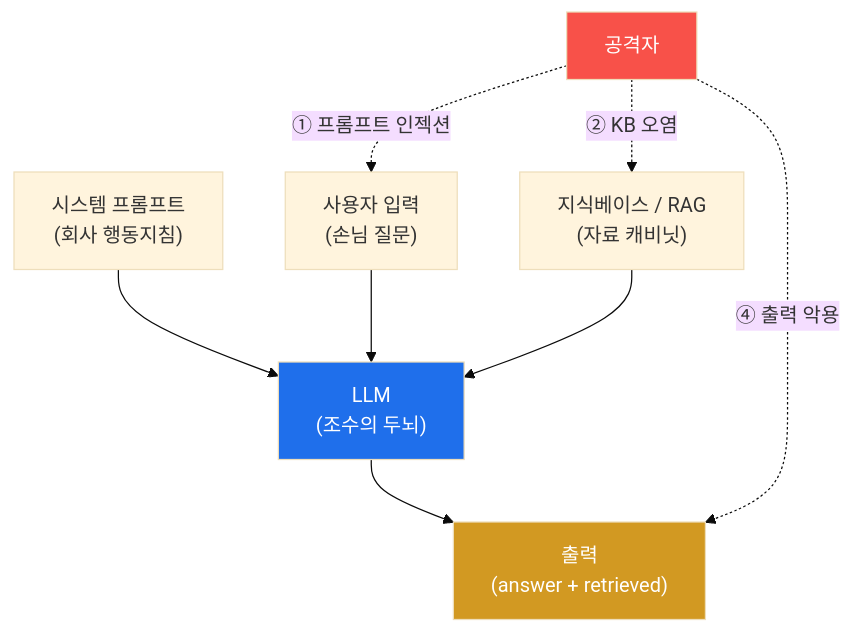
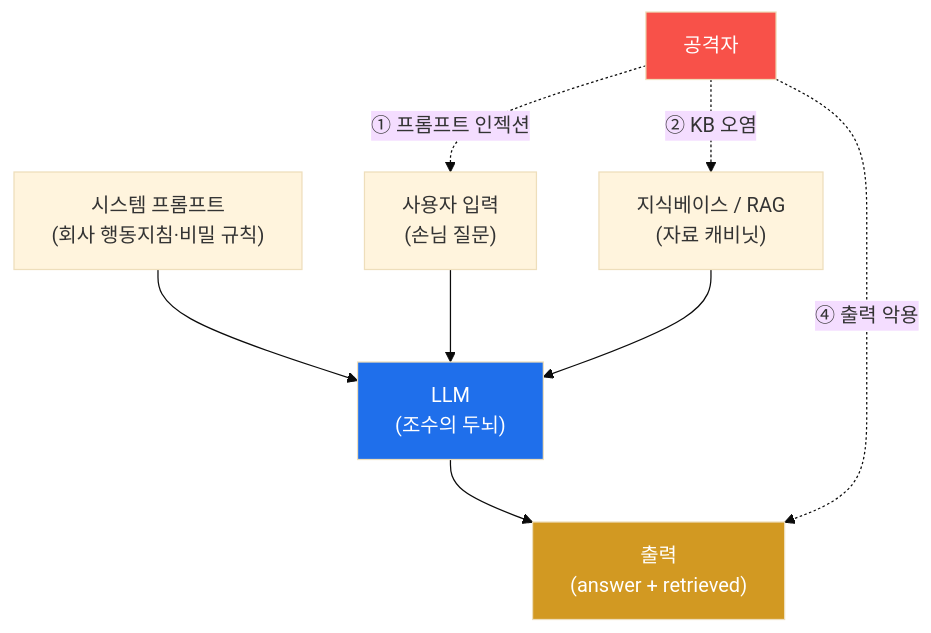
The first of 4 diagrams in contents/training/ai-service-pentest/lecture_week01.md (mrgrit/tw2), drawn with Mermaid (base theme) before and after one commit. The commit also changed other lines of this file and 304 other files, not shown here.

````diff
--- a/contents/training/ai-service-pentest/lecture_week01.md
+++ b/contents/training/ai-service-pentest/lecture_week01.md
@@ -72,13 +85,13 @@
 ```mermaid
 graph TD
-    SP["시스템 프롬프트<br/>(회사 행동지침)"] --> L["LLM<br/>(조수의 두뇌)"]
+    SP["시스템 프롬프트<br/>(회사 행동지침·비밀 규칙)"] --> L["LLM<br/>(조수의 두뇌)"]
     U["사용자 입력<br/>(손님 질문)"] --> L
     KB["지식베이스 / RAG<br/>(자료 캐비닛)"] --> L
     L --> O["출력<br/>(answer + retrieved)"]
     ATK["공격자"] -. "① 프롬프트 인젝션" .-> U
     ATK -. "② KB 오염" .-> KB
     ATK -. "④ 출력 악용" .-> O
     style L fill:#1f6feb,color:#fff
     style ATK fill:#f85149,color:#fff
     style O fill:#d29922,color:#fff
 ```
````
